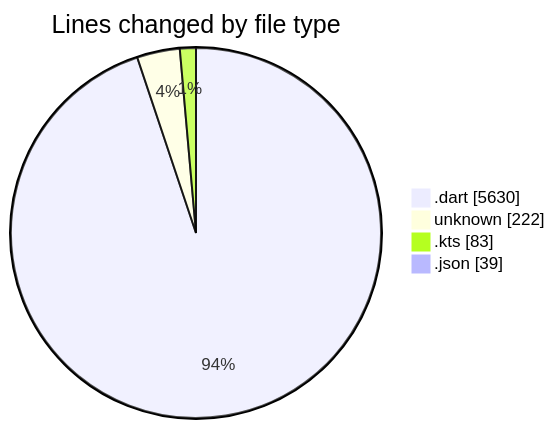
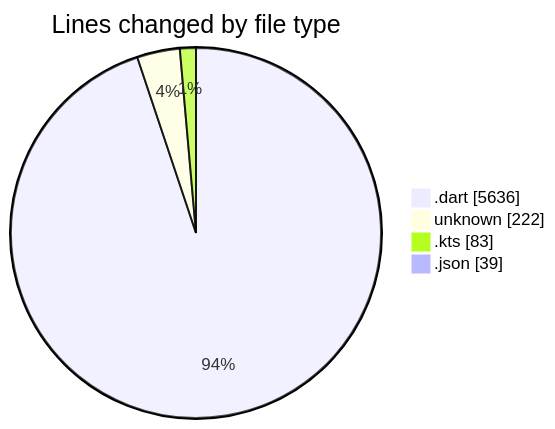
The first of 2 diagrams in 2025-08-05/studybuddy/README.md (lephambinh05/code-tracking), drawn with Mermaid before and after one commit. The commit also changed other lines of this file and 1 other file, not shown here.

````diff
--- a/2025-08-05/studybuddy/README.md
+++ b/2025-08-05/studybuddy/README.md
@@ -39,8 +39,8 @@
 ```mermaid
 pie showData
 title Lines changed by file type
-".dart" : 5630
+".dart" : 5636
 "unknown" : 222
 ".kts" : 83
 ".json" : 39
 ```
````
